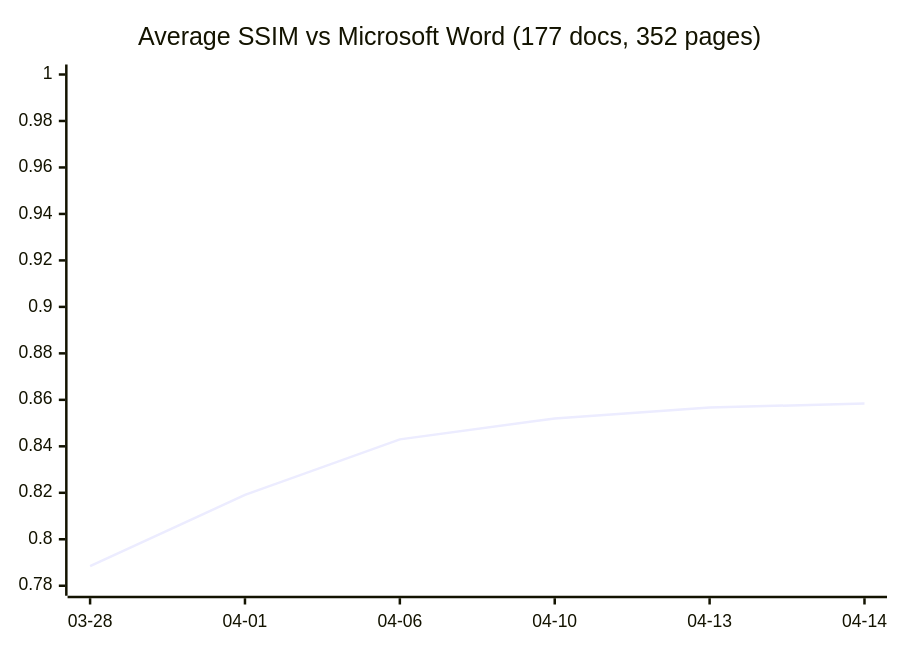
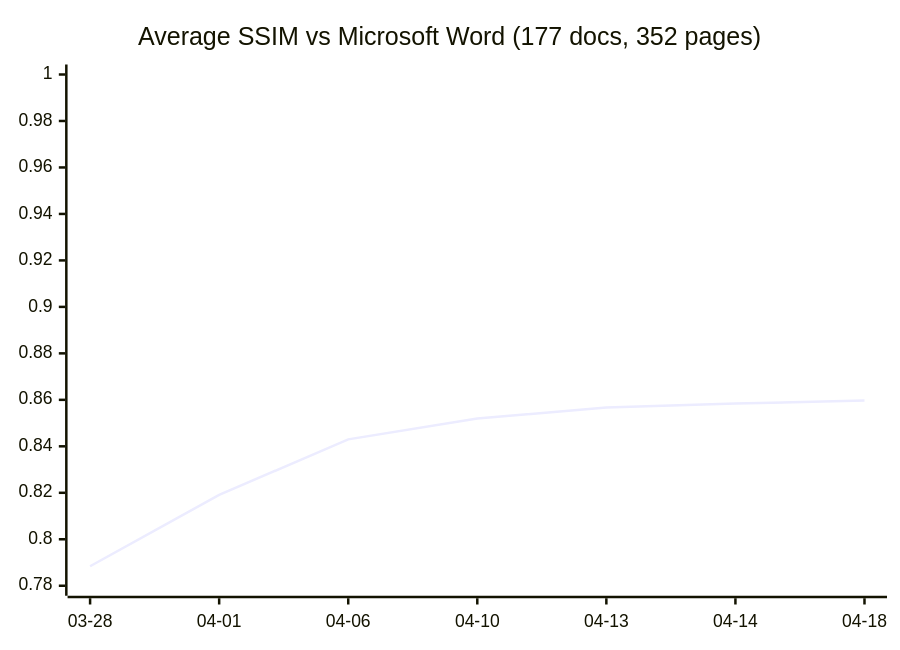
One commit to Ryujiyasu/oxi changed the diagram in README.md. Above: the diagram before and after it, drawn with Mermaid. The commit also changed other lines of this file, not shown here.

````diff
--- a/README.md
+++ b/README.md
@@ -195,7 +195,7 @@
 ```mermaid
 xychart-beta
   title "Average SSIM vs Microsoft Word (177 docs, 352 pages)"
-  x-axis ["03-28", "04-01", "04-06", "04-10", "04-13", "04-14"]
+  x-axis ["03-28", "04-01", "04-06", "04-10", "04-13", "04-14", "04-18"]
   y-axis 0.78 --> 1.0
-  line [0.7884, 0.8191, 0.8430, 0.8520, 0.8567, 0.8584]
+  line [0.7884, 0.8191, 0.8430, 0.8520, 0.8567, 0.8584, 0.8597]
 ```
````
